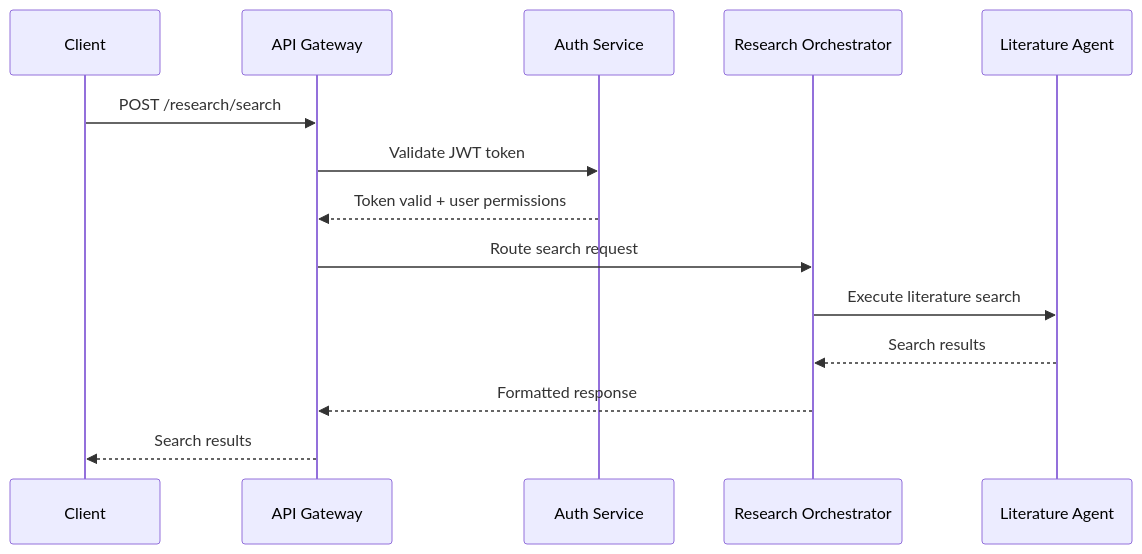
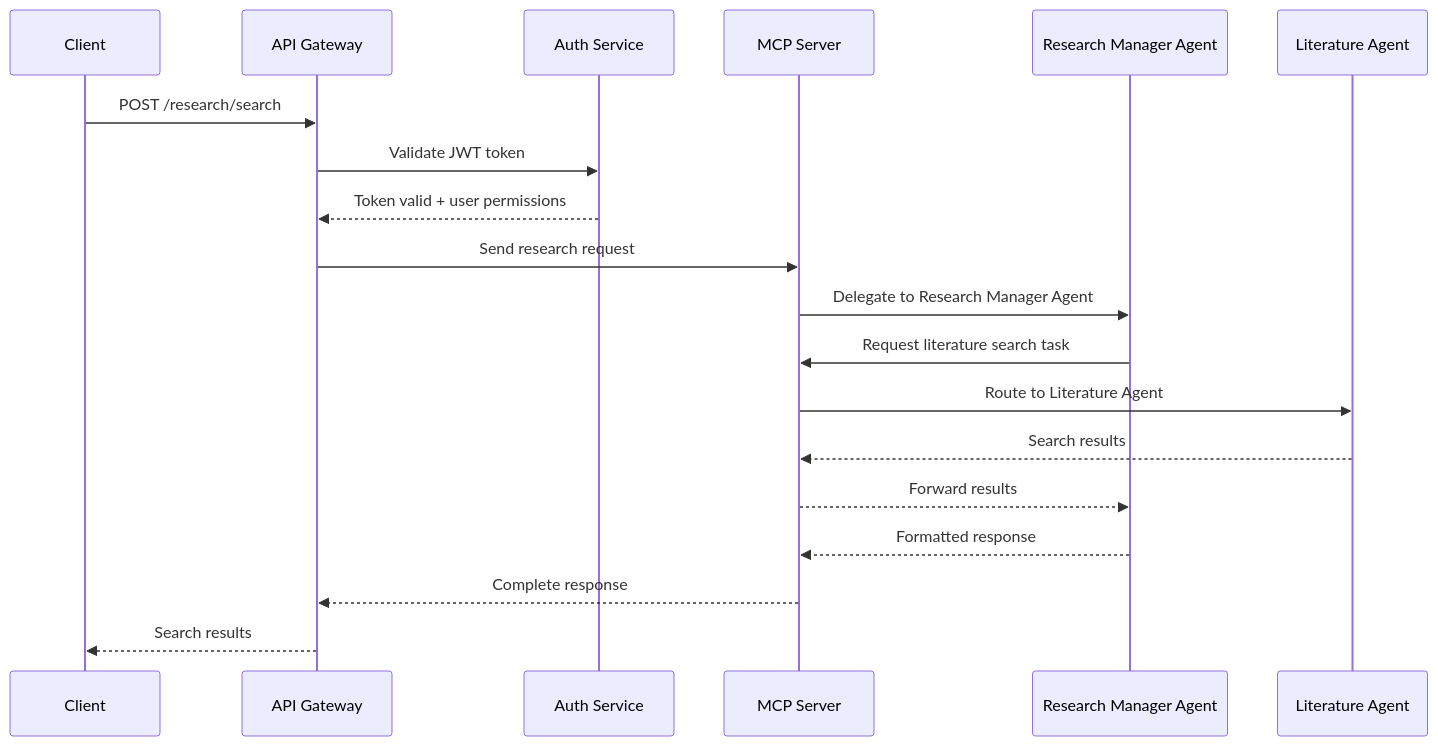
Before and after one commit to pzanna/Collaborate: the second of 4 diagrams in docs/PHASE3_SERVICE_ARCHITECTURE.md, drawn with Mermaid. The commit also changed other lines of this file and 15 other files, not shown here.

First line of the commit message:
Refactor Phase 3 docs and add MCP server service

````diff
--- a/docs/PHASE3_SERVICE_ARCHITECTURE.md
+++ b/docs/PHASE3_SERVICE_ARCHITECTURE.md
@@ -444,17 +470,22 @@
 ```mermaid
 sequenceDiagram
     participant Client
     participant Gateway as API Gateway
     participant Auth as Auth Service
-    participant Orchestrator as Research Orchestrator
+    participant MCP as MCP Server
+    participant ResearchMgr as Research Manager Agent
     participant Literature as Literature Agent
 
     Client->>Gateway: POST /research/search
     Gateway->>Auth: Validate JWT token
     Auth-->>Gateway: Token valid + user permissions
-    Gateway->>Orchestrator: Route search request
-    Orchestrator->>Literature: Execute literature search
-    Literature-->>Orchestrator: Search results
-    Orchestrator-->>Gateway: Formatted response
+    Gateway->>MCP: Send research request
+    MCP->>ResearchMgr: Delegate to Research Manager Agent
+    ResearchMgr->>MCP: Request literature search task
+    MCP->>Literature: Route to Literature Agent
+    Literature-->>MCP: Search results
+    MCP-->>ResearchMgr: Forward results
+    ResearchMgr-->>MCP: Formatted response
+    MCP-->>Gateway: Complete response
     Gateway-->>Client: Search results
 ```
````
